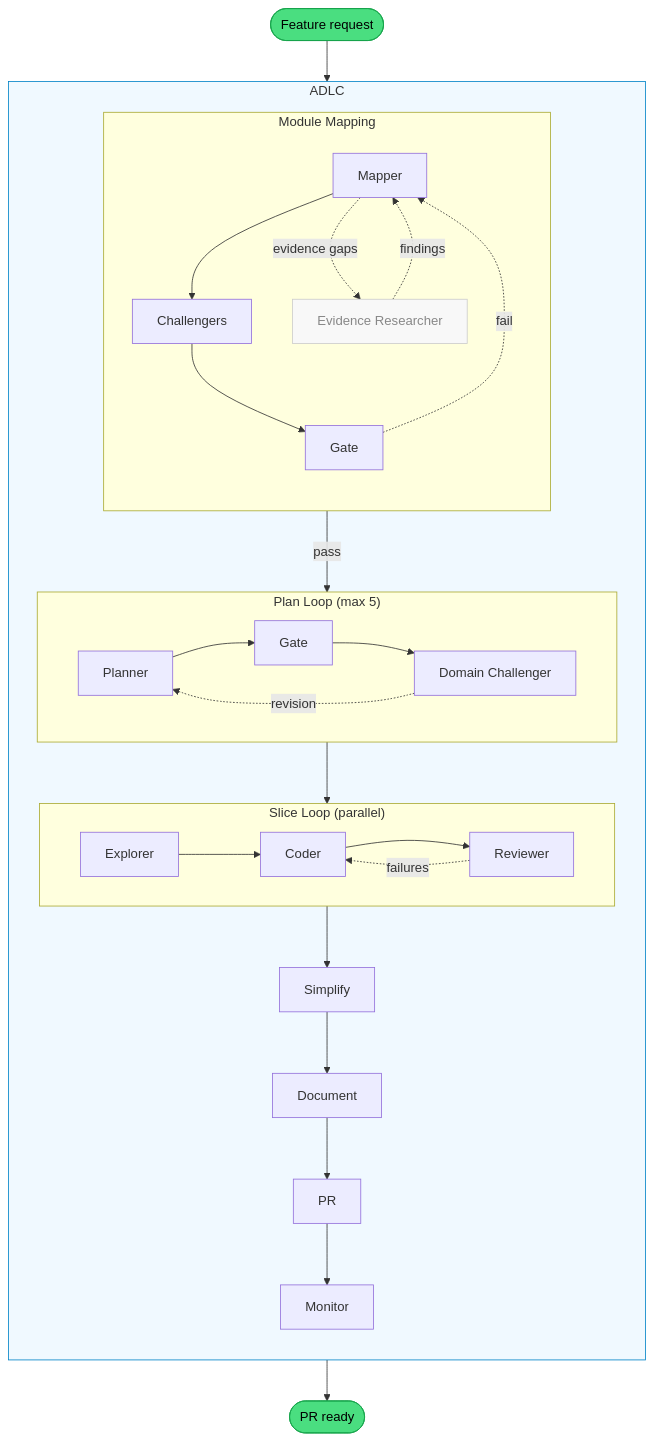
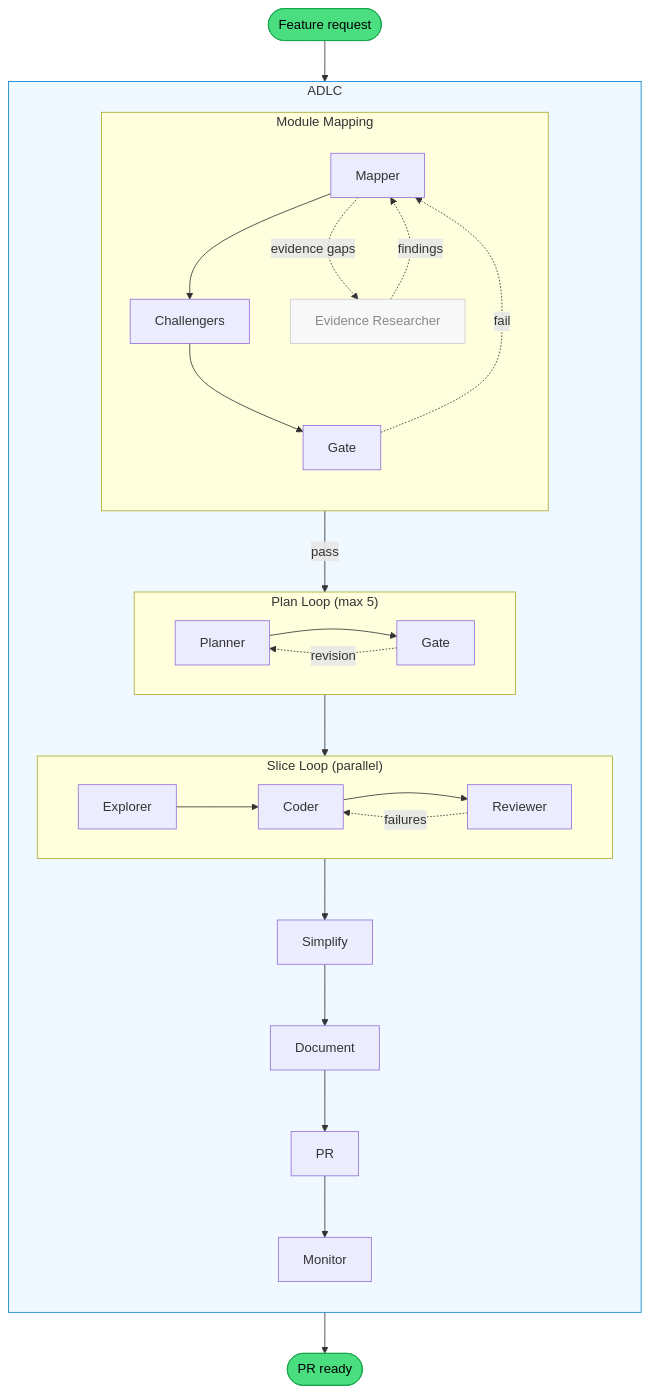
Before and after one commit to patricklafrance/plantz-claude-v3: the diagram in README.md, drawn with Mermaid. The commit also changed other lines of this file and 16 other files, not shown here.

````diff
--- a/README.md
+++ b/README.md
@@ -19,40 +19,40 @@
 ```mermaid
 flowchart TD
     Start([Feature request]) --> Mapper
 
     subgraph Coord["ADLC"]
         direction TB
 
         subgraph ModuleMap["Module Mapping"]
             direction TB
             Mapper --> Challengers --> Gate
             Mapper -. "evidence gaps" .-> Evidence["Evidence Researcher"] -. findings .-> Mapper
             Gate -. "fail" .-> Mapper
         end
 
         Gate -- "pass" --> PlanLoop
 
         subgraph PlanLoop["Plan Loop (max 5)"]
             direction LR
-            Planner --> PlanGate["Gate"] --> Challenge["Domain Challenger"]
-            Challenge -. "revision" .-> Planner
+            Planner --> PlanGate["Gate"]
+            PlanGate -. "revision" .-> Planner
         end
 
         PlanLoop --> SliceLoop
 
         subgraph SliceLoop["Slice Loop (parallel)"]
             direction LR
             Explorer --> Coder --> Reviewer
             Reviewer -. "failures" .-> Coder
         end
 
         SliceLoop --> Simplify --> Document --> PR --> Monitor
     end
 
     Monitor --> Done([PR ready])
 
     style Start fill:#4ade80,stroke:#16a34a,color:#000
     style Done fill:#4ade80,stroke:#16a34a,color:#000
     style Coord fill:#f0f9ff,stroke:#0284c7
     style Evidence fill:#f8f8f8,stroke:#ccc,color:#888
 ```
````
